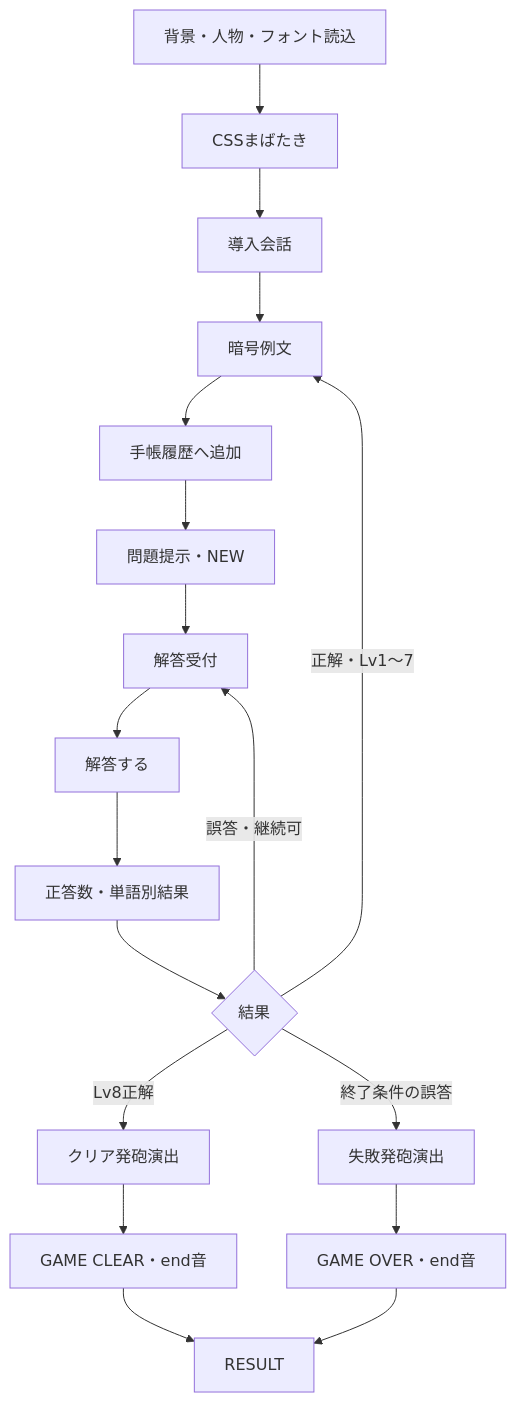
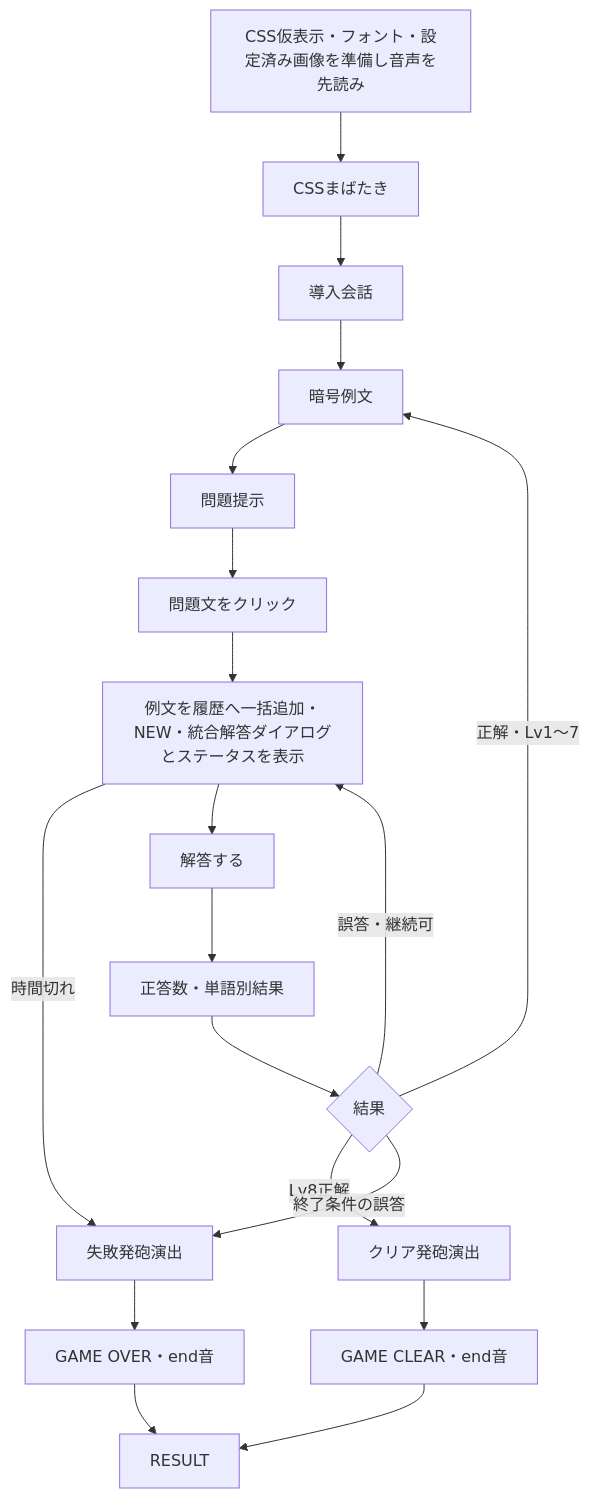
The diagram in docs/test-version-change-spec.md (lycanthr0pes/language-deciphering-game), drawn with Mermaid before and after one commit. The commit also changed other lines of this file and 40 other files, not shown here.

````diff
--- a/docs/test-version-change-spec.md
+++ b/docs/test-version-change-spec.md
@@ -34,20 +34,21 @@
 ```mermaid
 flowchart TD
-    A[背景・人物・フォント読込] --> B[CSSまばたき]
+    A[CSS仮表示・フォント・設定済み画像を準備し音声を先読み] --> B[CSSまばたき]
     B --> C[導入会話]
     C --> D[暗号例文]
-    D --> E[手帳履歴へ追加]
-    E --> F[問題提示・NEW]
-    F --> G[解答受付]
+    D --> E[問題提示]
+    E --> F[問題文をクリック]
+    F --> G[例文を履歴へ一括追加・NEW・統合解答ダイアログとステータスを表示]
+    G -->|時間切れ| L[失敗発砲演出]
     G --> H[解答する]
     H --> I[正答数・単語別結果]
     I --> J{結果}
     J -->|正解・Lv1〜7| D
     J -->|誤答・継続可| G
     J -->|Lv8正解| K[クリア発砲演出]
     J -->|終了条件の誤答| L[失敗発砲演出]
     K --> M[GAME CLEAR・end音]
     L --> N[GAME OVER・end音]
     M --> O[RESULT]
     N --> O
 ```
````
